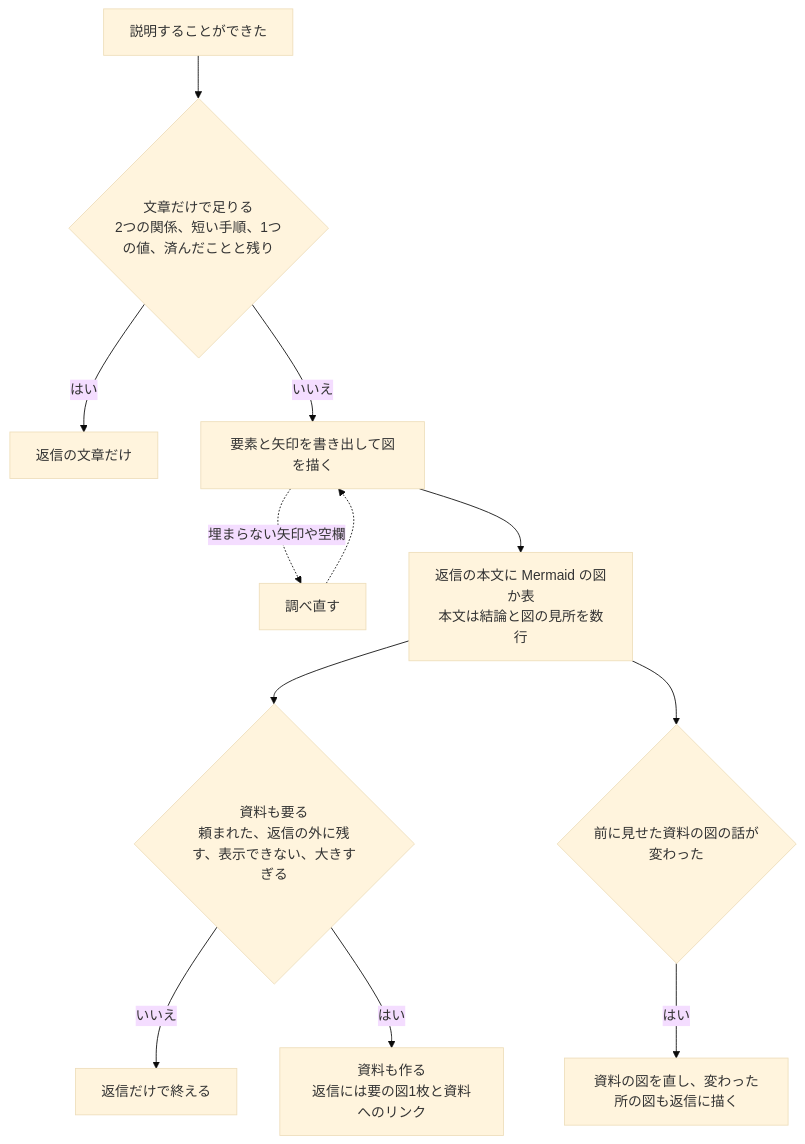
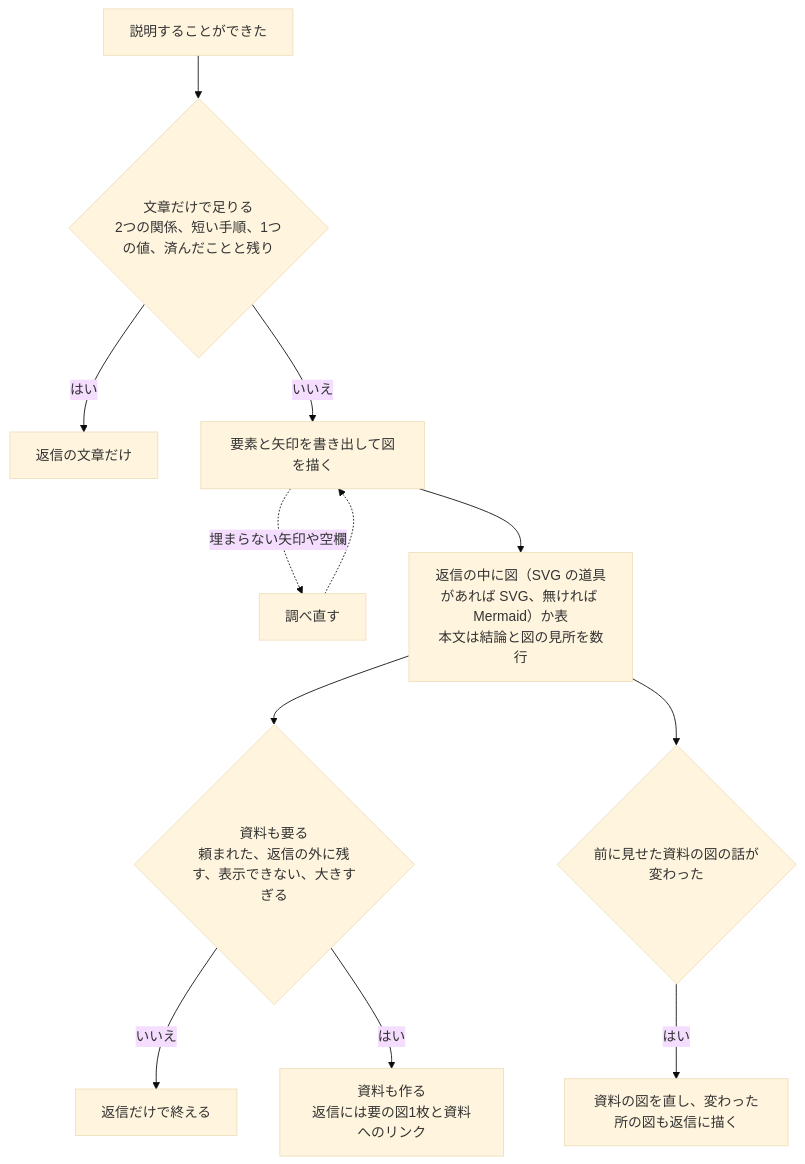
Before and after one commit to u-ichi/agent-plugins: the diagram in plugins/figure-docs/skills/figure-docs/SKILL.md, drawn with Mermaid (base theme). The commit also changed other lines of this file and 3 other files, not shown here.

First line of the commit message:
figure-docs: 返信の図をSVG優先にし、PRとissueには図を描かない方針にする

````diff
--- a/plugins/figure-docs/skills/figure-docs/SKILL.md
+++ b/plugins/figure-docs/skills/figure-docs/SKILL.md
@@ -38,13 +42,13 @@
 ```mermaid
 flowchart TB
   A[説明することができた] --> B{文章だけで足りる<br>2つの関係、短い手順、1つの値、済んだことと残り}
   B -- はい --> T[返信の文章だけ]
   B -- いいえ --> C[要素と矢印を書き出して図を描く]
   C -. 埋まらない矢印や空欄 .-> R[調べ直す] -.-> C
-  C --> D[返信の本文に Mermaid の図か表<br>本文は結論と図の見所を数行]
+  C --> D["返信の中に図（SVG の道具があれば SVG、無ければ Mermaid）か表<br>本文は結論と図の見所を数行"]
   D --> E{資料も要る<br>頼まれた、返信の外に残す、表示できない、大きすぎる}
   E -- いいえ --> F[返信だけで終える]
   E -- はい --> G[資料も作る<br>返信には要の図1枚と資料へのリンク]
   D --> H{前に見せた資料の図の話が変わった}
   H -- はい --> I[資料の図を直し、変わった所の図も返信に描く]
 ```
````
